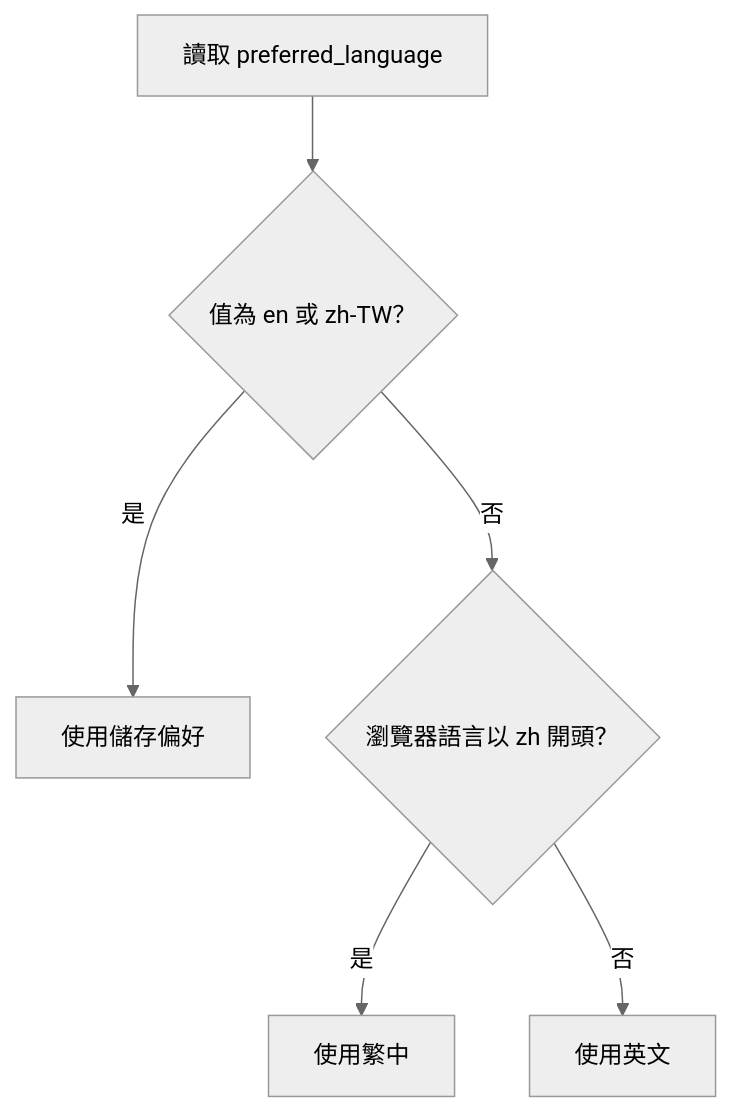
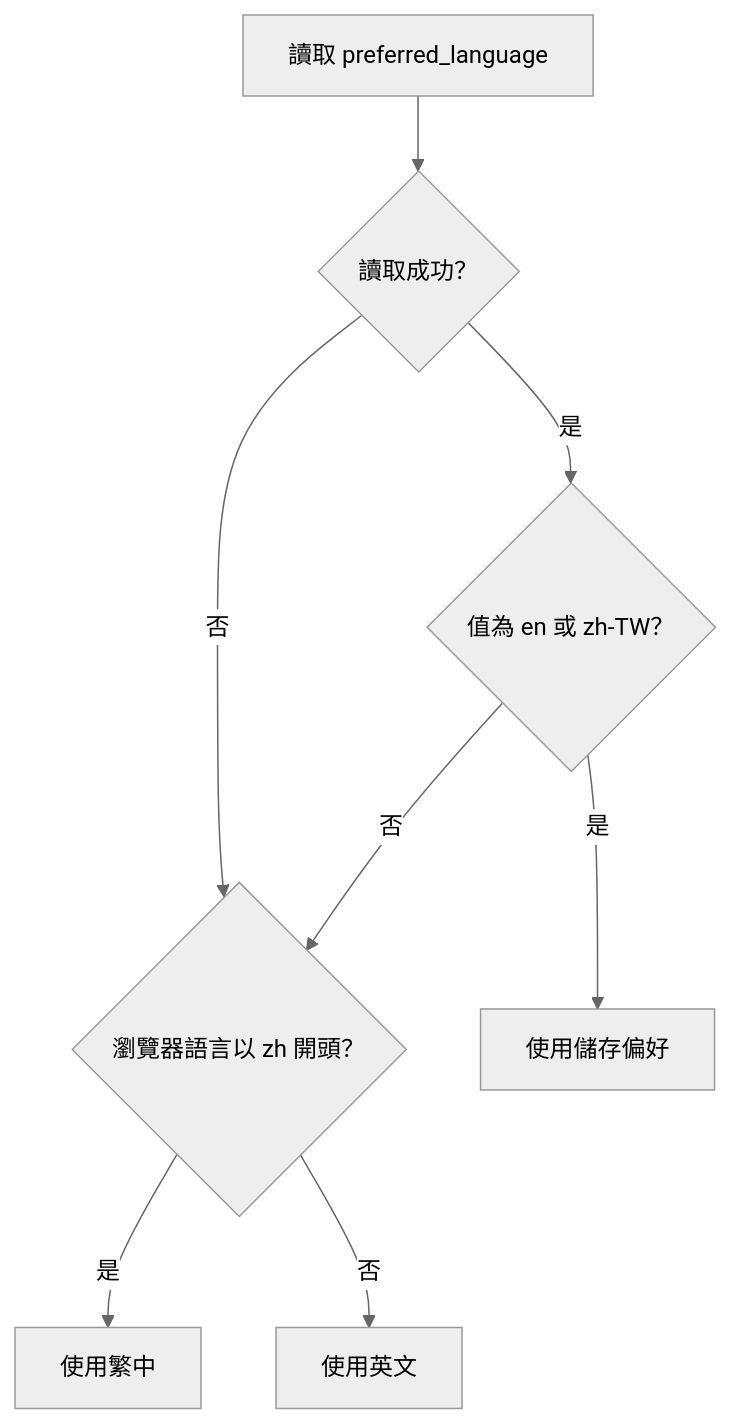
The first of 3 diagrams in docs/specs/site.md (bingyangchen/bingyangchen.github.io), drawn with Mermaid (neutral theme) before and after one commit. The commit also changed other lines of this file and 5 other files, not shown here.

````diff
--- a/docs/specs/site.md
+++ b/docs/specs/site.md
@@ -69,8 +69,10 @@
 ```mermaid
 flowchart TD
-  saved[讀取 preferred_language] --> valid{值為 en 或 zh-TW？}
+  saved[讀取 preferred_language] --> readable{讀取成功？}
+  readable -->|是| valid{值為 en 或 zh-TW？}
+  readable -->|否| browser{瀏覽器語言以 zh 開頭？}
   valid -->|是| use_saved[使用儲存偏好]
-  valid -->|否| browser{瀏覽器語言以 zh 開頭？}
+  valid -->|否| browser
   browser -->|是| chinese[使用繁中]
   browser -->|否| english[使用英文]
 ```
````
